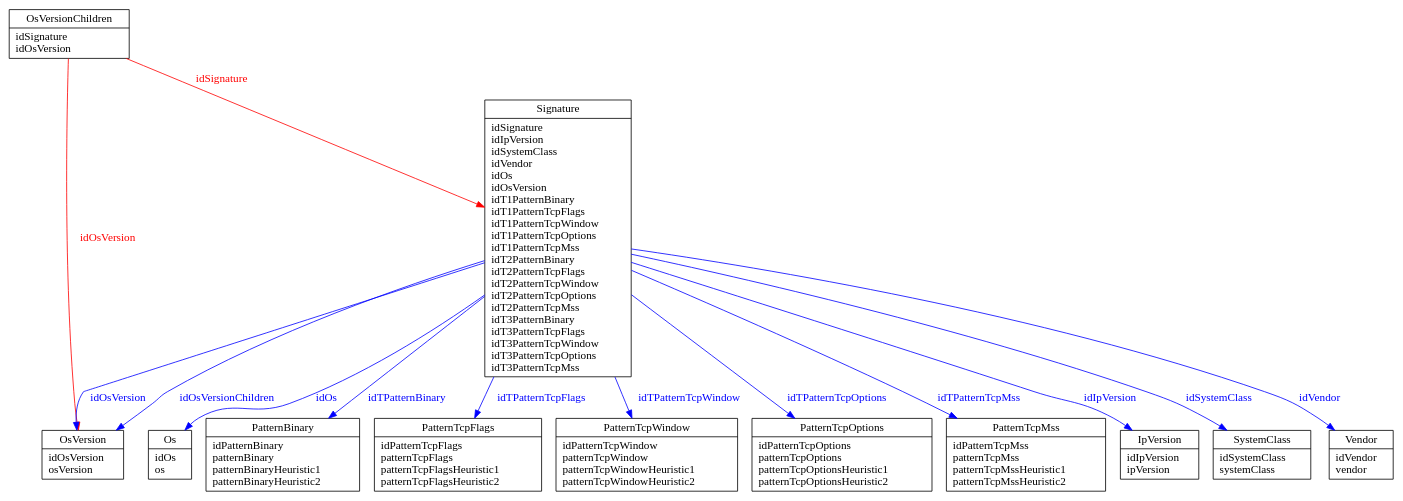
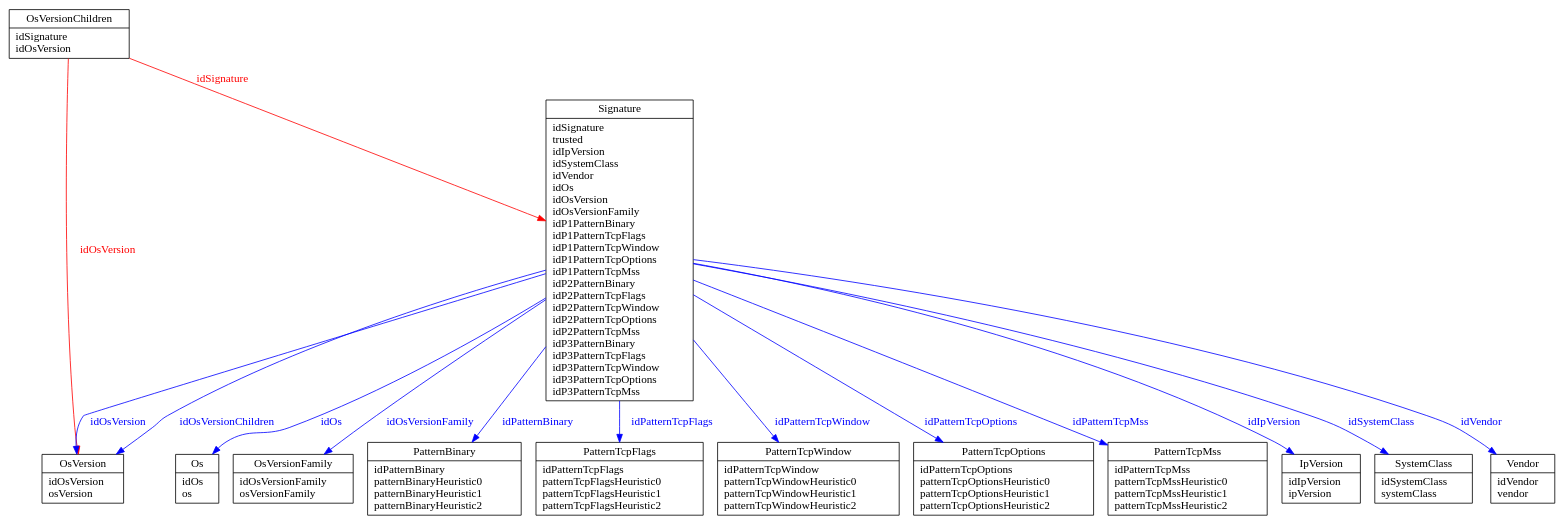
Before and after one commit to gitpan/Net-SinFP: the diagram in db-schema.dot, drawn with Graphviz. The commit also changed 29 other files, not shown here.

```diff
--- a/db-schema.dot
+++ b/db-schema.dot
@@ -1,39 +1,41 @@
 //
-// $Id: db-schema.dot,v 1.1.2.5 2005/06/04 21:35:43 gomor Exp $
+// $Id: db-schema.dot,v 1.1.2.5.4.3 2006/06/11 17:17:03 gomor Exp $
 //
 
 digraph db_schema {
    //
    // Tables
    //
    SystemClass   [label="{SystemClass|idSystemClass\lsystemClass\l}", shape=record];
    Vendor        [label="{Vendor|idVendor\lvendor\l}", shape=record];
    Os            [label="{Os|idOs\los\l}", shape=record];
    OsVersion     [label="{OsVersion|idOsVersion\losVersion\l}", shape=record];
+   OsVersionFamily [label="{OsVersionFamily|idOsVersionFamily\losVersionFamily\l}", shape=record];
    OsVersionChildren [label="{OsVersionChildren|idSignature\lidOsVersion\l}", shape=record];
-   PatternBinary [label="{PatternBinary|idPatternBinary\lpatternBinary\lpatternBinaryHeuristic1\lpatternBinaryHeuristic2\l}", shape=record];
-   PatternTcpFlags [label="{PatternTcpFlags|idPatternTcpFlags\lpatternTcpFlags\lpatternTcpFlagsHeuristic1\lpatternTcpFlagsHeuristic2\l}", shape=record];
-   PatternTcpWindow [label="{PatternTcpWindow|idPatternTcpWindow\lpatternTcpWindow\lpatternTcpWindowHeuristic1\lpatternTcpWindowHeuristic2\l}", shape=record];
-   PatternTcpOptions [label="{PatternTcpOptions|idPatternTcpOptions\lpatternTcpOptions\lpatternTcpOptionsHeuristic1\lpatternTcpOptionsHeuristic2\l}", shape=record];
-   PatternTcpMss [label="{PatternTcpMss|idPatternTcpMss\lpatternTcpMss\lpatternTcpMssHeuristic1\lpatternTcpMssHeuristic2\l}", shape=record];
+   PatternBinary [label="{PatternBinary|idPatternBinary\lpatternBinaryHeuristic0\lpatternBinaryHeuristic1\lpatternBinaryHeuristic2\l}", shape=record];
+   PatternTcpFlags [label="{PatternTcpFlags|idPatternTcpFlags\lpatternTcpFlagsHeuristic0\lpatternTcpFlagsHeuristic1\lpatternTcpFlagsHeuristic2\l}", shape=record];
+   PatternTcpWindow [label="{PatternTcpWindow|idPatternTcpWindow\lpatternTcpWindowHeuristic0\lpatternTcpWindowHeuristic1\lpatternTcpWindowHeuristic2\l}", shape=record];
+   PatternTcpOptions [label="{PatternTcpOptions|idPatternTcpOptions\lpatternTcpOptionsHeuristic0\lpatternTcpOptionsHeuristic1\lpatternTcpOptionsHeuristic2\l}", shape=record];
+   PatternTcpMss [label="{PatternTcpMss|idPatternTcpMss\lpatternTcpMssHeuristic0\lpatternTcpMssHeuristic1\lpatternTcpMssHeuristic2\l}", shape=record];
    IpVersion     [label="{IpVersion|idIpVersion\lipVersion\l}", shape=record];
-   Signature     [label="{Signature|idSignature\lidIpVersion\lidSystemClass\lidVendor\lidOs\lidOsVersion\lidT1PatternBinary\lidT1PatternTcpFlags\lidT1PatternTcpWindow\lidT1PatternTcpOptions\lidT1PatternTcpMss\lidT2PatternBinary\lidT2PatternTcpFlags\lidT2PatternTcpWindow\lidT2PatternTcpOptions\lidT2PatternTcpMss\lidT3PatternBinary\lidT3PatternTcpFlags\lidT3PatternTcpWindow\lidT3PatternTcpOptions\lidT3PatternTcpMss\l}", shape=record];
+   Signature     [label="{Signature|idSignature\ltrusted\lidIpVersion\lidSystemClass\lidVendor\lidOs\lidOsVersion\lidOsVersionFamily\lidP1PatternBinary\lidP1PatternTcpFlags\lidP1PatternTcpWindow\lidP1PatternTcpOptions\lidP1PatternTcpMss\lidP2PatternBinary\lidP2PatternTcpFlags\lidP2PatternTcpWindow\lidP2PatternTcpOptions\lidP2PatternTcpMss\lidP3PatternBinary\lidP3PatternTcpFlags\lidP3PatternTcpWindow\lidP3PatternTcpOptions\lidP3PatternTcpMss\l}", shape=record];
 
    //
    // Relations
    //
    Signature -> IpVersion     [label=idIpVersion, fontcolor=blue, color=blue];
    Signature -> SystemClass   [label=idSystemClass, fontcolor=blue, color=blue];
    Signature -> Vendor        [label=idVendor, fontcolor=blue, color=blue];
    Signature -> Os            [label=idOs, fontcolor=blue, color=blue];
    Signature -> OsVersion     [label=idOsVersion, fontcolor=blue, color=blue];
+   Signature -> OsVersionFamily [label=idOsVersionFamily, fontcolor=blue, color=blue];
    Signature -> OsVersion     [label=idOsVersionChildren, fontcolor=blue, color=blue];
-   Signature -> PatternBinary [label=idTPatternBinary, fontcolor=blue, color=blue];
-   Signature -> PatternTcpFlags [label=idTPatternTcpFlags, fontcolor=blue, color=blue];
-   Signature -> PatternTcpWindow [label=idTPatternTcpWindow, fontcolor=blue, color=blue];
-   Signature -> PatternTcpOptions [label=idTPatternTcpOptions, fontcolor=blue, color=blue];
-   Signature -> PatternTcpMss [label=idTPatternTcpMss, fontcolor=blue, color=blue];
+   Signature -> PatternBinary [label=idPatternBinary, fontcolor=blue, color=blue];
+   Signature -> PatternTcpFlags [label=idPatternTcpFlags, fontcolor=blue, color=blue];
+   Signature -> PatternTcpWindow [label=idPatternTcpWindow, fontcolor=blue, color=blue];
+   Signature -> PatternTcpOptions [label=idPatternTcpOptions, fontcolor=blue, color=blue];
+   Signature -> PatternTcpMss [label=idPatternTcpMss, fontcolor=blue, color=blue];
 
    OsVersionChildren -> Signature [label=idSignature, fontcolor=red, color=red];
    OsVersionChildren -> OsVersion [label=idOsVersion, fontcolor=red, color=red];
 }
```
